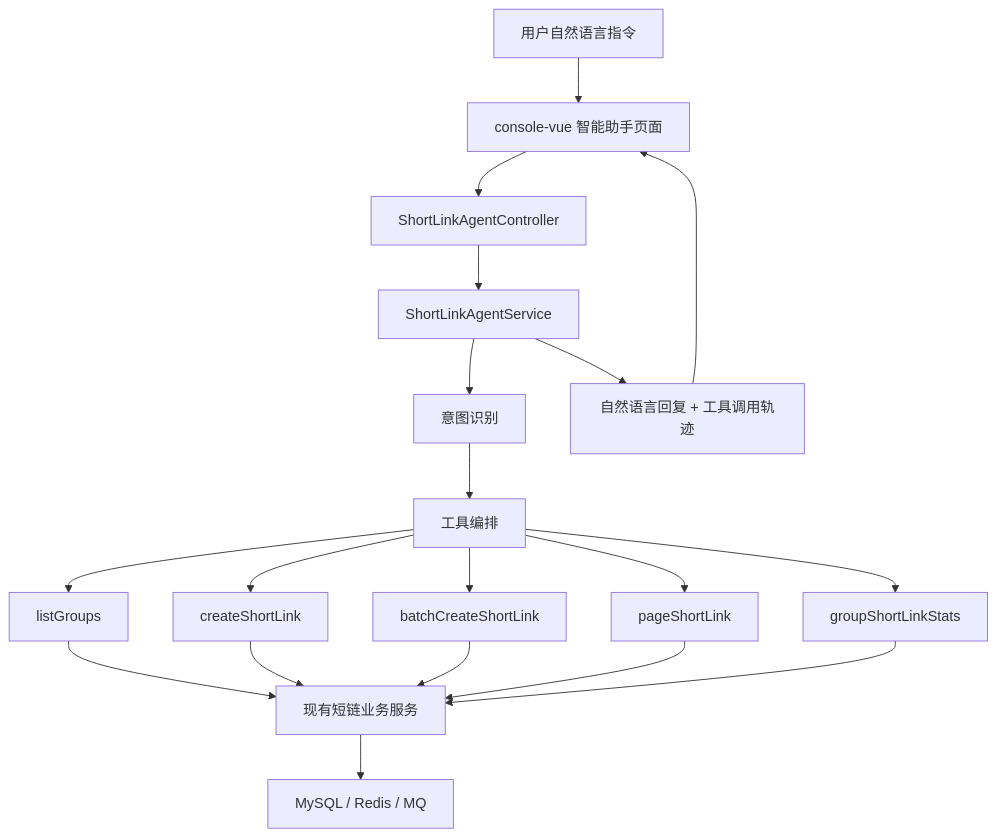
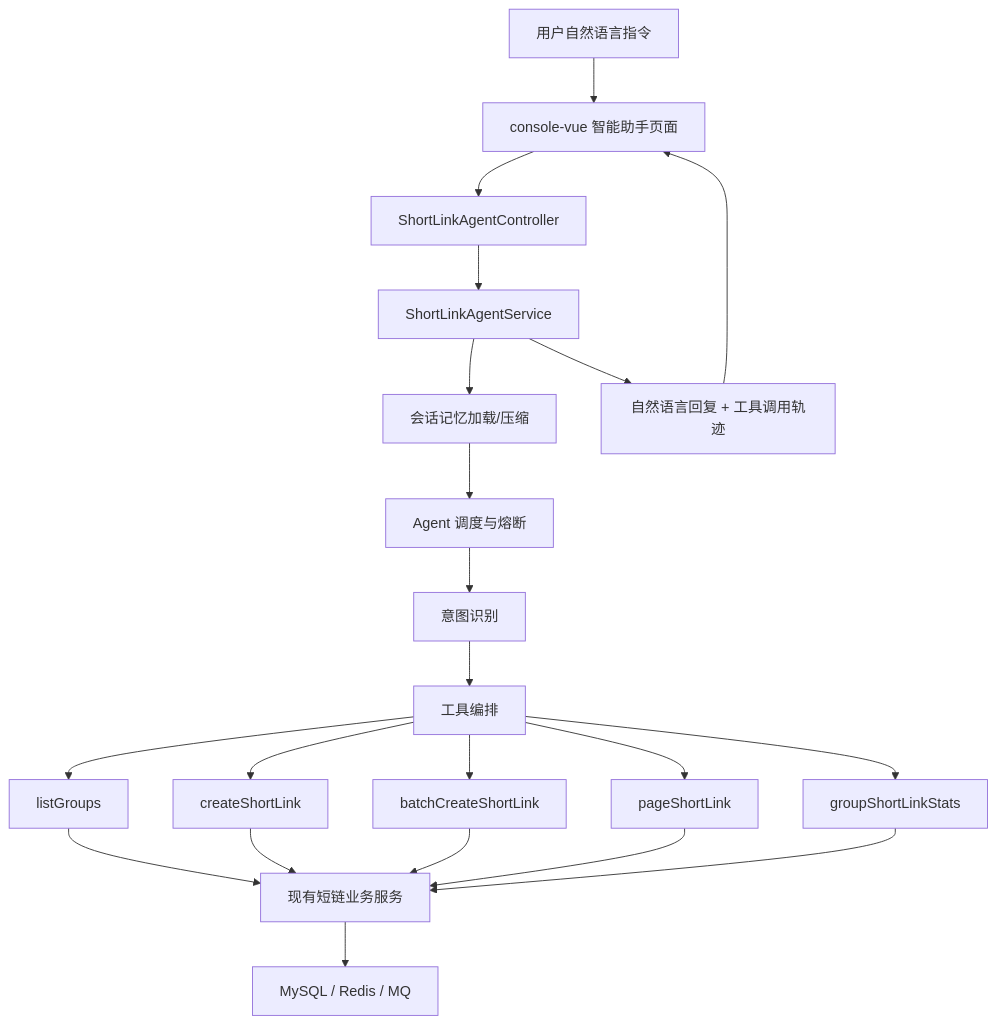
Before and after one commit to panchenduo/cs599-project: the diagram in docs/agent-modernization.md, drawn with Mermaid. The commit also changed other lines of this file and 13 other files, not shown here.

````diff
--- a/docs/agent-modernization.md
+++ b/docs/agent-modernization.md
@@ -26,21 +28,23 @@
 ```mermaid
 flowchart TD
     User["用户自然语言指令"] --> UI["console-vue 智能助手页面"]
     UI --> Controller["ShortLinkAgentController"]
     Controller --> Agent["ShortLinkAgentService"]
-    Agent --> Intent["意图识别"]
+    Agent --> Memory["会话记忆加载/压缩"]
+    Memory --> Router["Agent 调度与熔断"]
+    Router --> Intent["意图识别"]
     Intent --> Tools["工具编排"]
     Tools --> GroupTool["listGroups"]
     Tools --> CreateTool["createShortLink"]
     Tools --> BatchTool["batchCreateShortLink"]
     Tools --> PageTool["pageShortLink"]
     Tools --> StatsTool["groupShortLinkStats"]
     GroupTool --> Existing["现有短链业务服务"]
     CreateTool --> Existing
     BatchTool --> Existing
     PageTool --> Existing
     StatsTool --> Existing
     Existing --> DB["MySQL / Redis / MQ"]
     Agent --> Answer["自然语言回复 + 工具调用轨迹"]
     Answer --> UI
 ```
````
